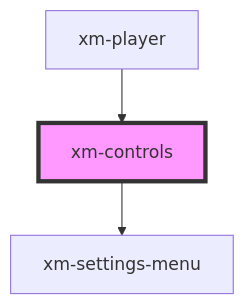
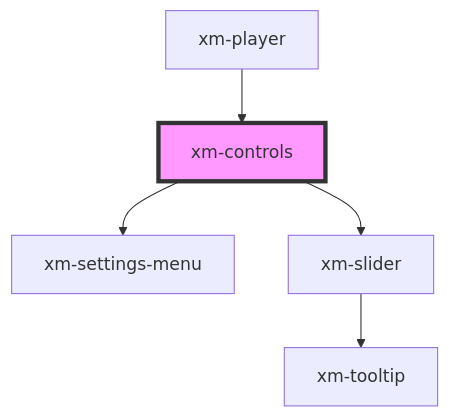
One commit to openHPI/xikolo-video-player changed the diagram in src/components/controls/readme.md. Above: the diagram before and after it, drawn with Mermaid. The commit also changed other lines of this file and 27 other files, not shown here.

````diff
--- a/src/components/controls/readme.md
+++ b/src/components/controls/readme.md
@@ -50,6 +50,8 @@
 ```mermaid
 graph TD;
   xm-controls --> xm-settings-menu
+  xm-controls --> xm-slider
+  xm-slider --> xm-tooltip
   xm-player --> xm-controls
   style xm-controls fill:#f9f,stroke:#333,stroke-width:4px
 ```
````
